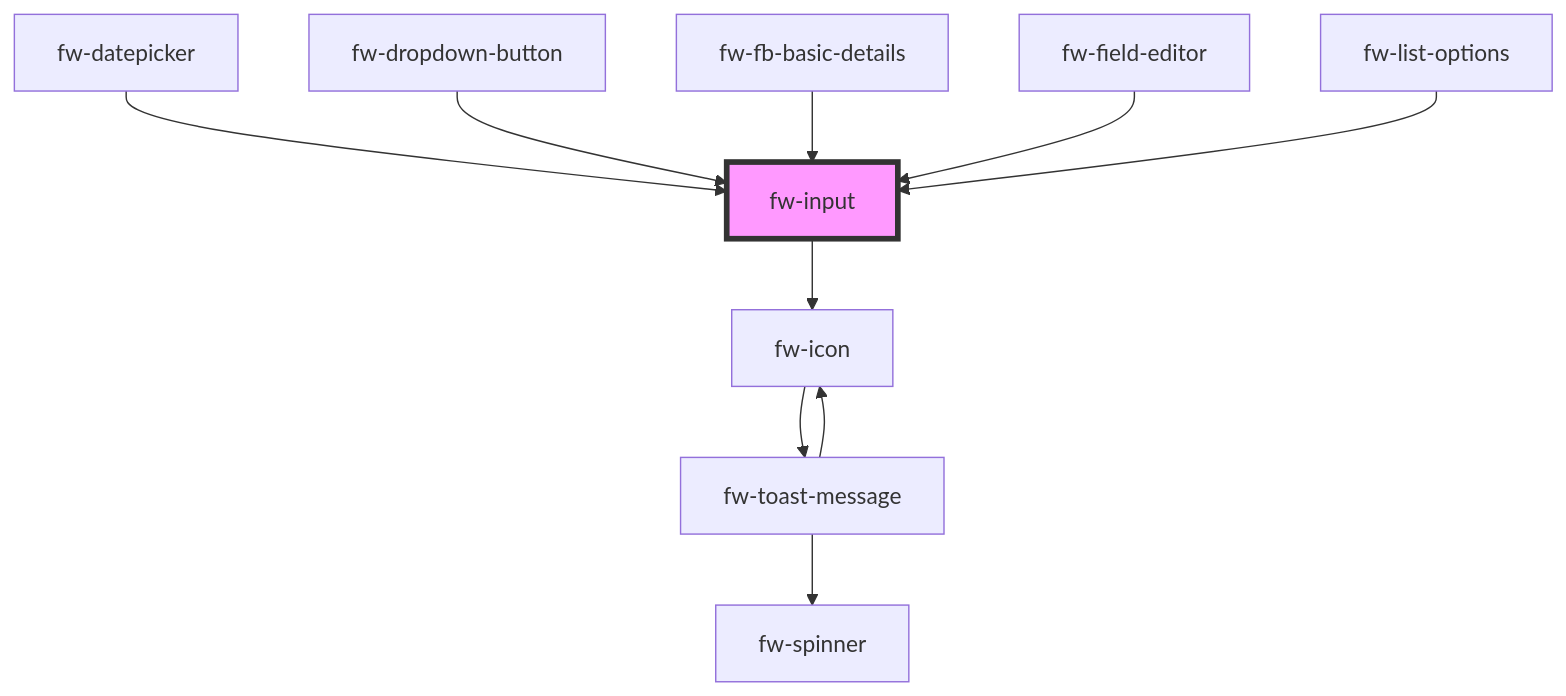
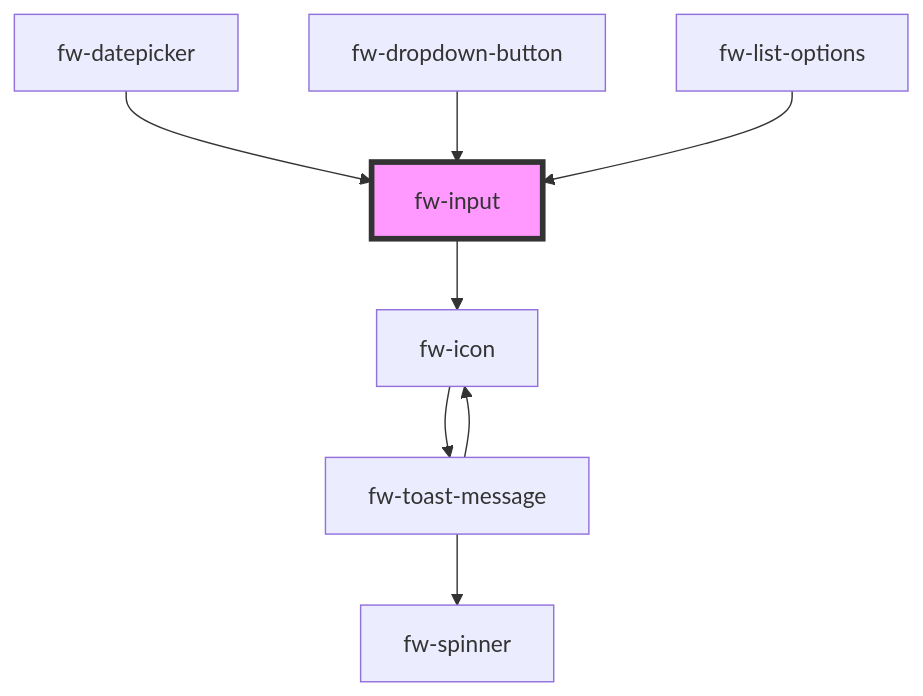
Before and after one commit to freshworks/crayons: the diagram in packages/crayons-core/src/components/input/readme.md, drawn with Mermaid. The commit also changed other lines of this file and 29 other files, not shown here.

````diff
--- a/packages/crayons-core/src/components/input/readme.md
+++ b/packages/crayons-core/src/components/input/readme.md
@@ -200,13 +198,11 @@
 ```mermaid
 graph TD;
   fw-input --> fw-icon
   fw-icon --> fw-toast-message
   fw-toast-message --> fw-spinner
   fw-toast-message --> fw-icon
   fw-datepicker --> fw-input
   fw-dropdown-button --> fw-input
-  fw-fb-basic-details --> fw-input
-  fw-field-editor --> fw-input
   fw-list-options --> fw-input
   style fw-input fill:#f9f,stroke:#333,stroke-width:4px
 ```
````
